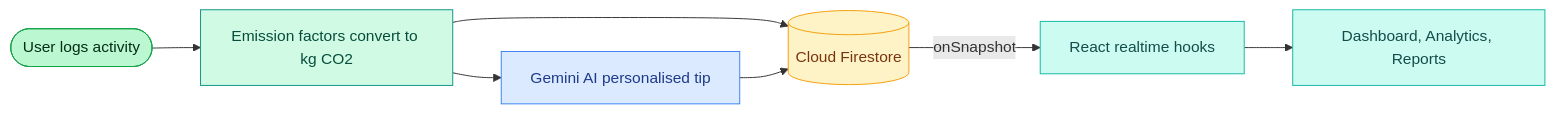
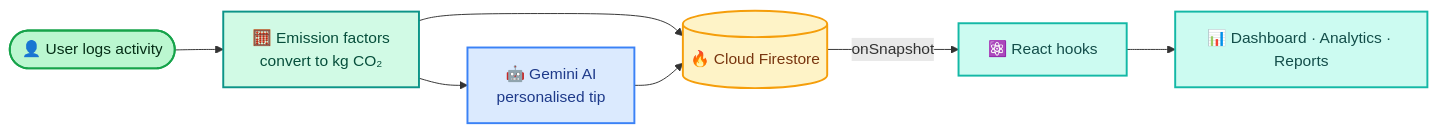
The diagram in README.md (Subhashini-Anbalagan/carbon-tracker), drawn with Mermaid before and after one commit.

````diff
--- a/README.md
+++ b/README.md
@@ -102,16 +102,15 @@
 ```mermaid
 flowchart LR
-    A(["User logs activity"]) --> B["Emission factors convert to kg CO2"]
-    B --> C[("Cloud Firestore")]
-    B --> D["Gemini AI personalised tip"]
+    A([👤 User logs activity]):::user --> B[🧮 Emission factors<br/>convert to kg CO₂]:::calc
+    B --> C[(🔥 Cloud Firestore)]:::db
+    B --> D[🤖 Gemini AI<br/>personalised tip]:::ai
     D --> C
-    C -->|onSnapshot| E["React realtime hooks"]
-    E --> F["Dashboard, Analytics, Reports"]
+    C -- onSnapshot --> E[⚛️ React hooks]:::ui
+    E --> F[📊 Dashboard · Analytics · Reports]:::ui
 
-    style A fill:#BBF7D0,stroke:#16A34A,color:#052E16
-    style B fill:#D1FAE5,stroke:#0D9488,color:#064E3B
-    style C fill:#FEF3C7,stroke:#F59E0B,color:#78350F
-    style D fill:#DBEAFE,stroke:#3B82F6,color:#1E3A8A
-    style E fill:#CCFBF1,stroke:#14B8A6,color:#134E4A
-    style F fill:#CCFBF1,stroke:#14B8A6,color:#134E4A
+    classDef user fill:#BBF7D0,stroke:#16A34A,color:#052E16,stroke-width:2px
+    classDef calc fill:#D1FAE5,stroke:#0D9488,color:#064E3B,stroke-width:2px
+    classDef db fill:#FEF3C7,stroke:#F59E0B,color:#78350F,stroke-width:2px
+    classDef ai fill:#DBEAFE,stroke:#3B82F6,color:#1E3A8A,stroke-width:2px
+    classDef ui fill:#CCFBF1,stroke:#14B8A6,color:#134E4A,stroke-width:2px
 ```
````
